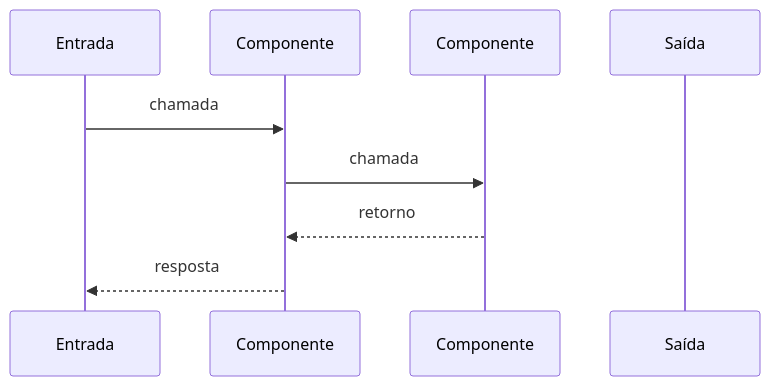
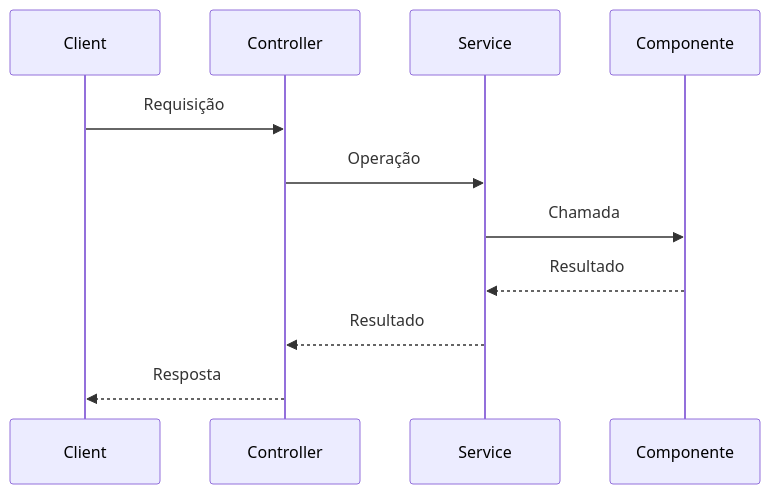
The second of 2 diagrams in .github/skills/dev/assets/fluxo.md (grdonda/ia-techlead-donda), drawn with Mermaid before and after one commit. The commit also changed other lines of this file and 21 other files, not shown here.

````diff
--- a/.github/skills/dev/assets/fluxo.md
+++ b/.github/skills/dev/assets/fluxo.md
@@ -22,12 +29,14 @@
 ```mermaid
 sequenceDiagram
-    participant A as Entrada
-    participant B as Componente
-    participant C as Componente
-    participant D as Saída
+    participant Client
+    participant Controller
+    participant Service
+    participant Componente
 
-    A->>B: chamada
-    B->>C: chamada
-    C-->>B: retorno
-    B-->>A: resposta
+    Client->>Controller: Requisição
+    Controller->>Service: Operação
+    Service->>Componente: Chamada
+    Componente-->>Service: Resultado
+    Service-->>Controller: Resultado
+    Controller-->>Client: Resposta
 ```
````
